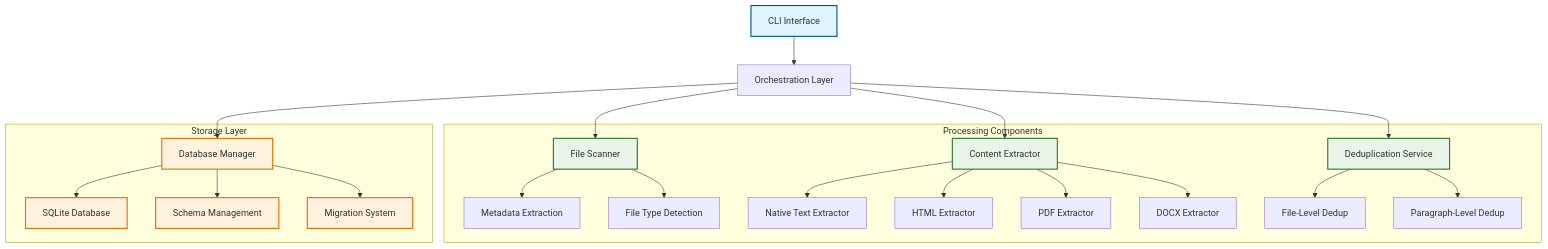
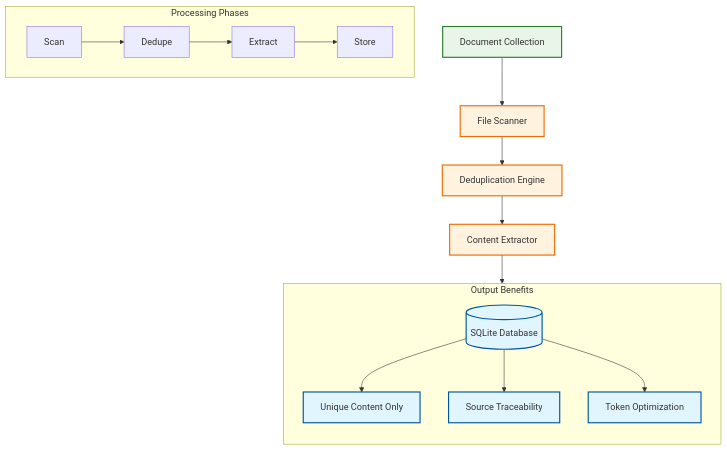
One commit to that-in-rust/pensieve-local-llm-server changed the first of 3 diagrams in README.md. Above: the diagram before and after it, drawn with Mermaid. The commit also changed other lines of this file and 1726 other files, not shown here.

````diff
--- a/README.md
+++ b/README.md
@@ -119,33 +26,27 @@
 ```mermaid
 graph TD
-    A[CLI Interface] --> B[Orchestration Layer]
-    B --> C[File Scanner]
-    B --> D[Content Extractor]
-    B --> E[Deduplication Service]
-    B --> F[Database Manager]
+    Input[Document Collection] --> Scanner[File Scanner]
+    Scanner --> Dedup[Deduplication Engine]
+    Dedup --> Extract[Content Extractor]
+    Extract --> Database[(SQLite Database)]
     
-    subgraph "Processing Components"
-        C --> C1[Metadata Extraction]
-        C --> C2[File Type Detection]
-        D --> D1[Native Text Extractor]
-        D --> D2[HTML Extractor]
-        D --> D3[PDF Extractor]
-        D --> D4[DOCX Extractor]
-        E --> E1[File-Level Dedup]
-        E --> E2[Paragraph-Level Dedup]
+    subgraph "Processing Phases"
+        direction LR
+        P1[Scan] --> P2[Dedupe] --> P3[Extract] --> P4[Store]
     end
     
-    subgraph "Storage Layer"
-        F --> F1[SQLite Database]
-        F --> F2[Schema Management]
-        F --> F3[Migration System]
+    subgraph "Output Benefits"
+        direction TB
+        Database --> Benefit1[Unique Content Only]
+        Database --> Benefit2[Source Traceability]
+        Database --> Benefit3[Token Optimization]
     end
     
-    classDef interface fill:#e1f5fe,stroke:#01579b,stroke-width:2px
-    classDef processing fill:#e8f5e8,stroke:#2e7d32,stroke-width:2px
-    classDef storage fill:#fff3e0,stroke:#ef6c00,stroke-width:2px
+    classDef input fill:#e8f5e8,stroke:#2e7d32,stroke-width:2px
+    classDef process fill:#fff3e0,stroke:#ef6c00,stroke-width:2px
+    classDef output fill:#e1f5fe,stroke:#01579b,stroke-width:2px
     
-    class A interface
-    class C,D,E processing
-    class F,F1,F2,F3 storage
+    class Input input
+    class Scanner,Dedup,Extract process
+    class Database,Benefit1,Benefit2,Benefit3 output
 ```
````
